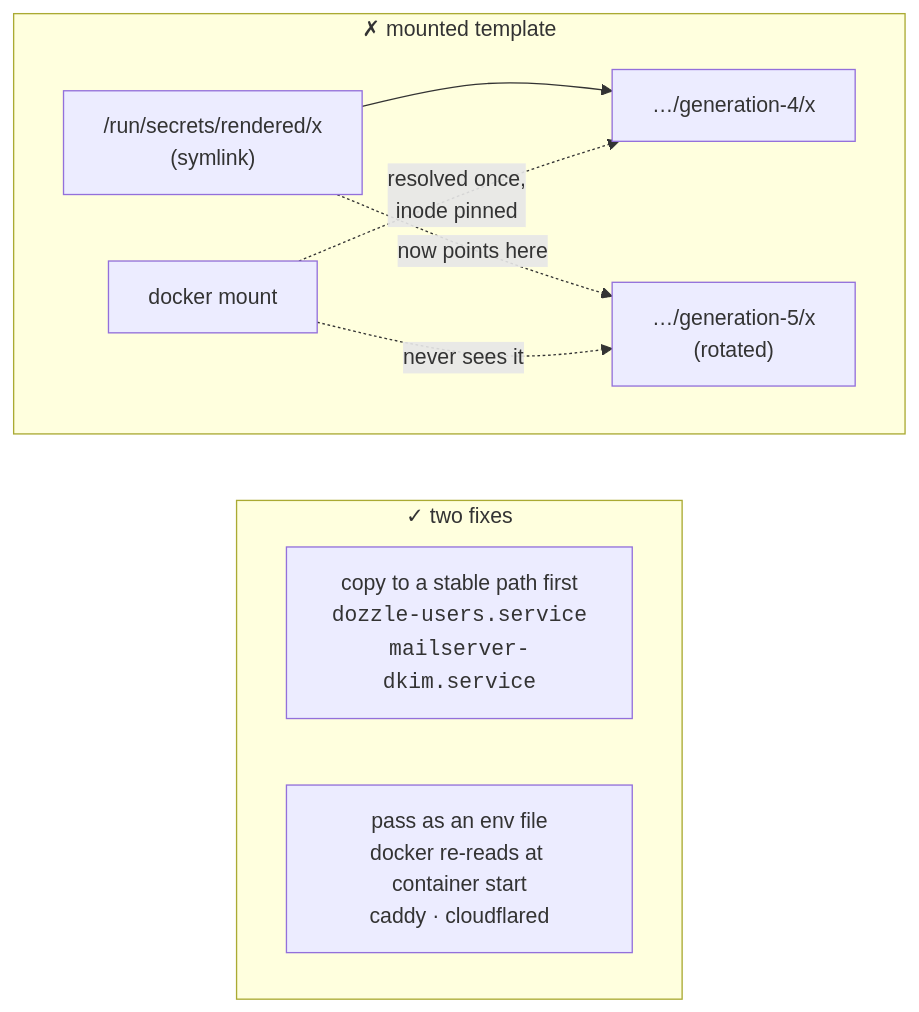
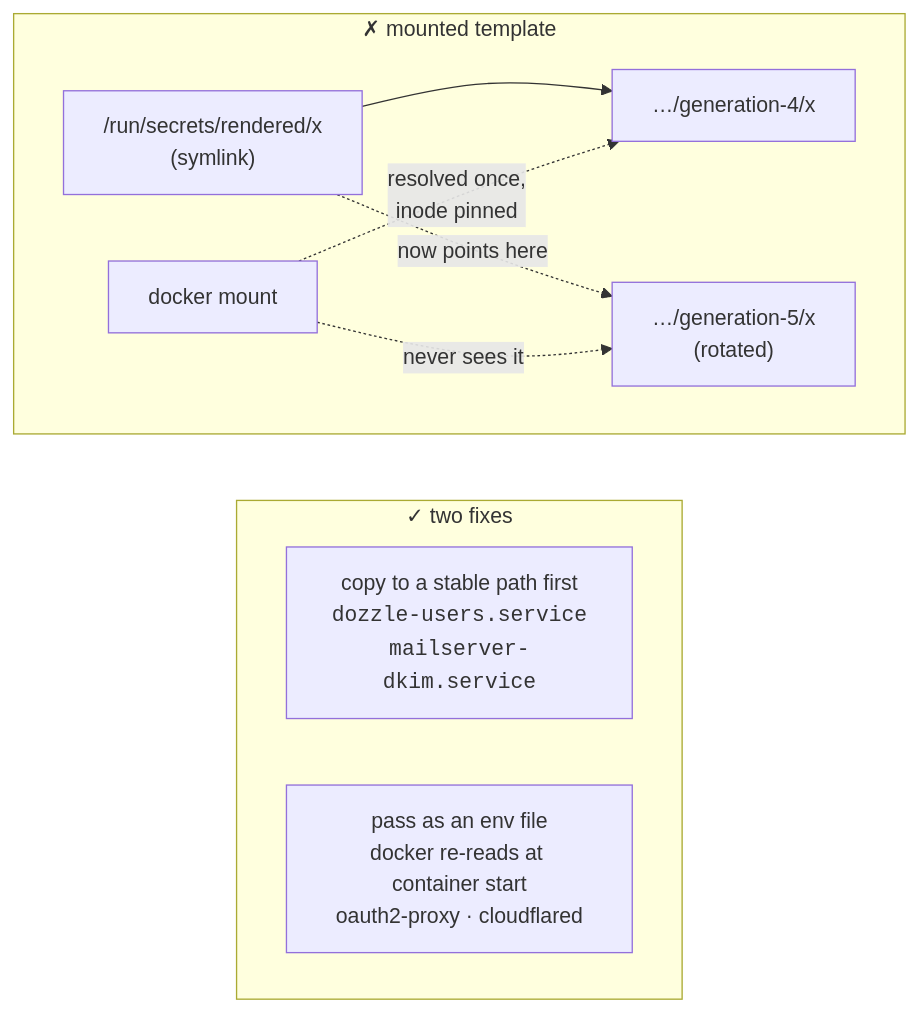
One commit to 1Git2Clone/vps changed the diagram in docs/src/architecture/secrets.md. Above: the diagram before and after it, drawn with Mermaid. The commit also changed other lines of this file and 12 other files, not shown here.

````diff
--- a/docs/src/architecture/secrets.md
+++ b/docs/src/architecture/secrets.md
@@ -60,17 +60,17 @@
 ```mermaid
 flowchart TB
     subgraph broken["✗ mounted template"]
         t1["/run/secrets/rendered/x<br/>(symlink)"] --> g1["…/generation-4/x"]
         d1["docker mount"] -. "resolved once,<br/>inode pinned" .-> g1
         g2["…/generation-5/x<br/>(rotated)"]
         t1 -. "now points here" .-> g2
         d1 -.->|"never sees it"| g2
     end
 
     broken ~~~ ok
 
     subgraph ok["✓ two fixes"]
         f1["copy to a stable path first<br/><code>dozzle-users.service</code><br/><code>mailserver-dkim.service</code>"]
-        f2["pass as an env file<br/>docker re-reads at container start<br/>caddy · cloudflared"]
+        f2["pass as an env file<br/>docker re-reads at container start<br/>oauth2-proxy · cloudflared"]
     end
 ```
````
